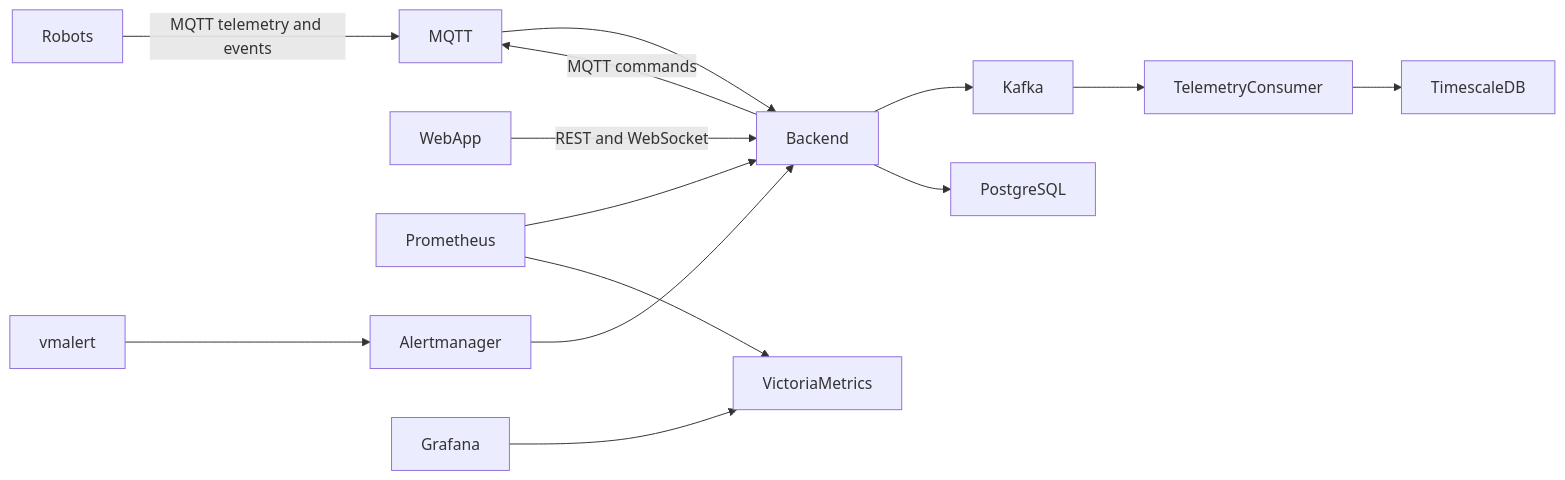
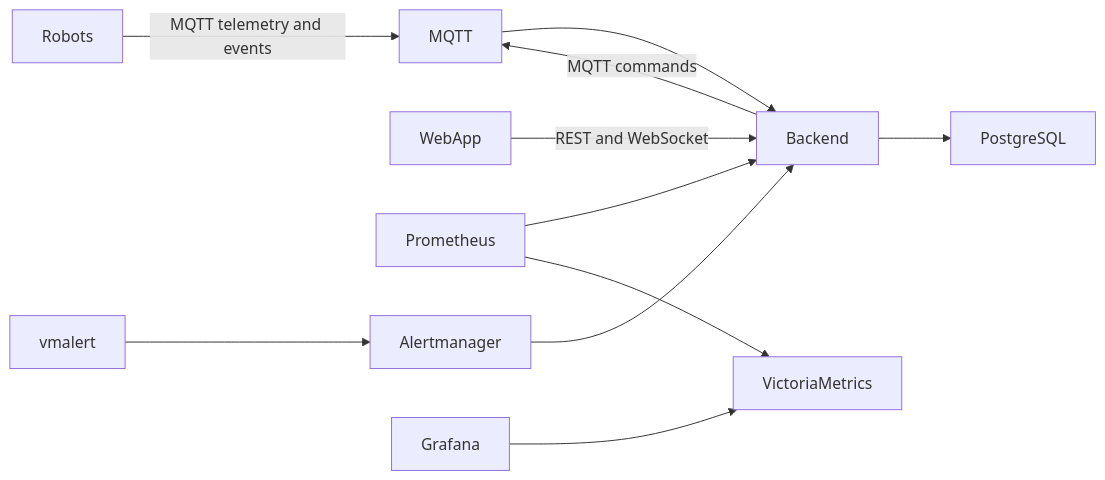
Before and after one commit to satr/robot-fleet: the diagram in README.md, drawn with Mermaid. The commit also changed other lines of this file and 12 other files, not shown here.

````diff
--- a/README.md
+++ b/README.md
@@ -9,16 +9,13 @@
 ```mermaid
 flowchart LR
     Robots -->|MQTT telemetry and events| MQTT
     Backend -->|MQTT commands| MQTT
     MQTT --> Backend
-    Backend --> Kafka
     Backend --> PostgreSQL
-    Kafka --> TelemetryConsumer
-    TelemetryConsumer --> TimescaleDB
     WebApp -->|REST and WebSocket| Backend
     Prometheus --> Backend
     Prometheus --> VictoriaMetrics
     vmalert --> Alertmanager
     Alertmanager --> Backend
     Grafana --> VictoriaMetrics
 ```
````
